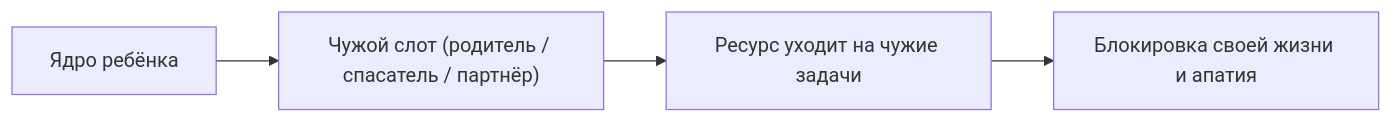
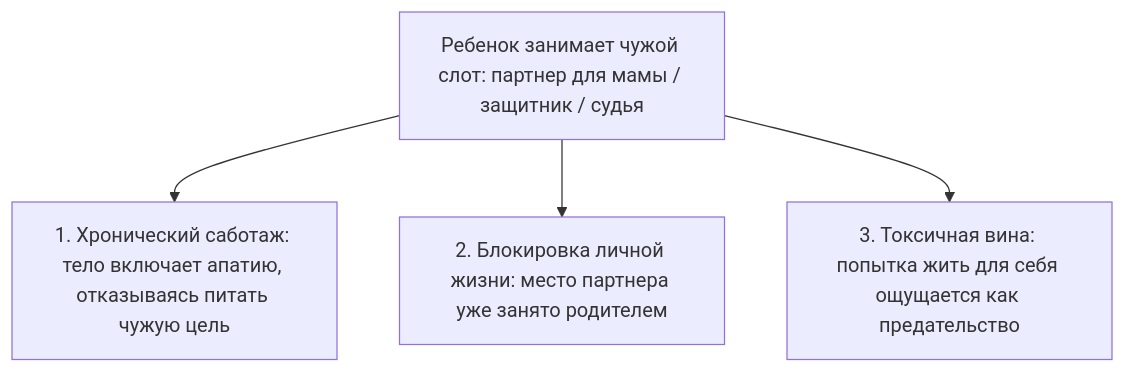
Before and after one commit to GTFB/threebooks: the diagram in root/17-bug-01-extra-element/ru.mdx, drawn with Mermaid. The commit also changed other lines of this file and 40 other files, not shown here.

````diff
--- a/root/17-bug-01-extra-element/ru.mdx
+++ b/root/17-bug-01-extra-element/ru.mdx
@@ -147,6 +106,6 @@
 ```mermaid
-flowchart LR
-  Child["Ядро ребёнка"] --> AlienSlot["Чужой слот (родитель / спасатель / партнёр)"]
-  AlienSlot --> EnergyBurn["Ресурс уходит на чужие задачи"]
-  EnergyBurn --> Anhedonia["Блокировка своей жизни и апатия"]
+flowchart TD
+  AlienSlot["Ребенок занимает чужой слот: партнер для мамы / защитник / судья"] --> Burnout["1. Хронический саботаж: тело включает апатию, отказываясь питать чужую цель"]
+  AlienSlot --> RelationshipBlock["2. Блокировка личной жизни: место партнера уже занято родителем"]
+  AlienSlot --> FalseGuilt["3. Токсичная вина: попытка жить для себя ощущается как предательство"]
 ```
````
